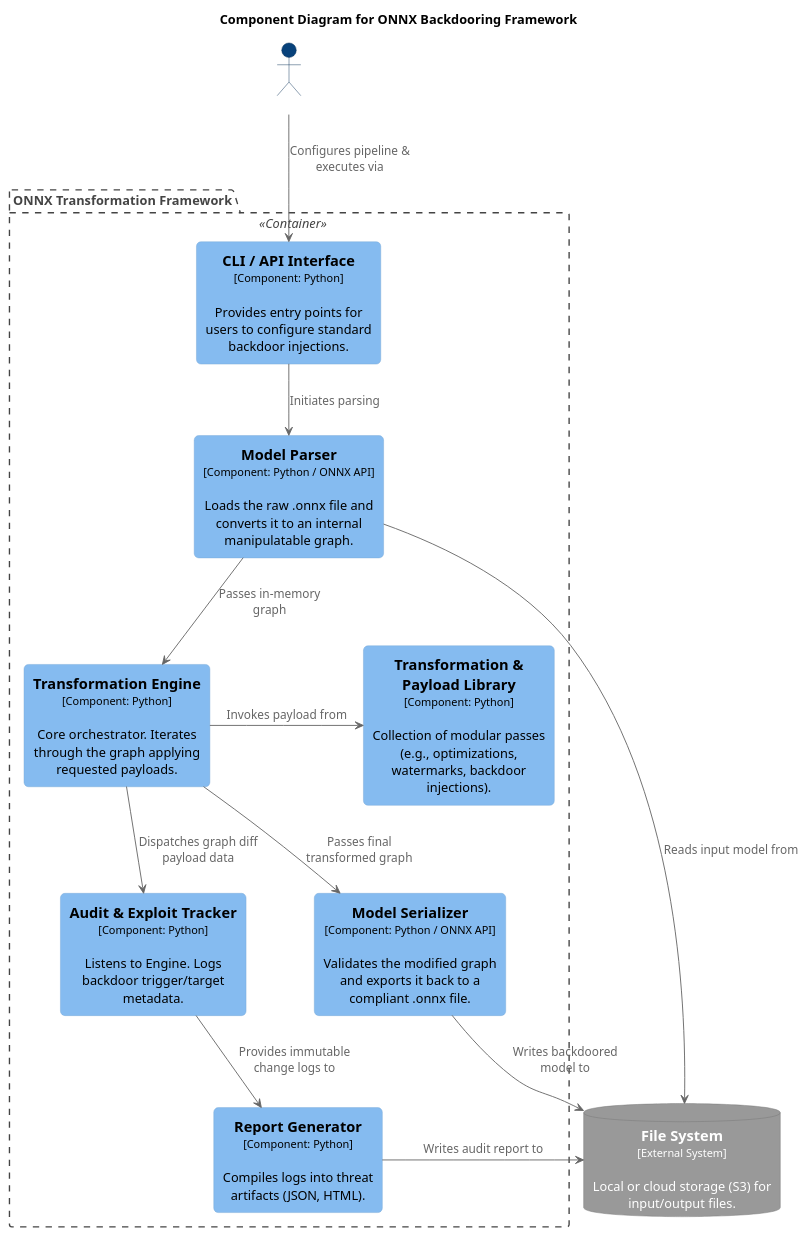
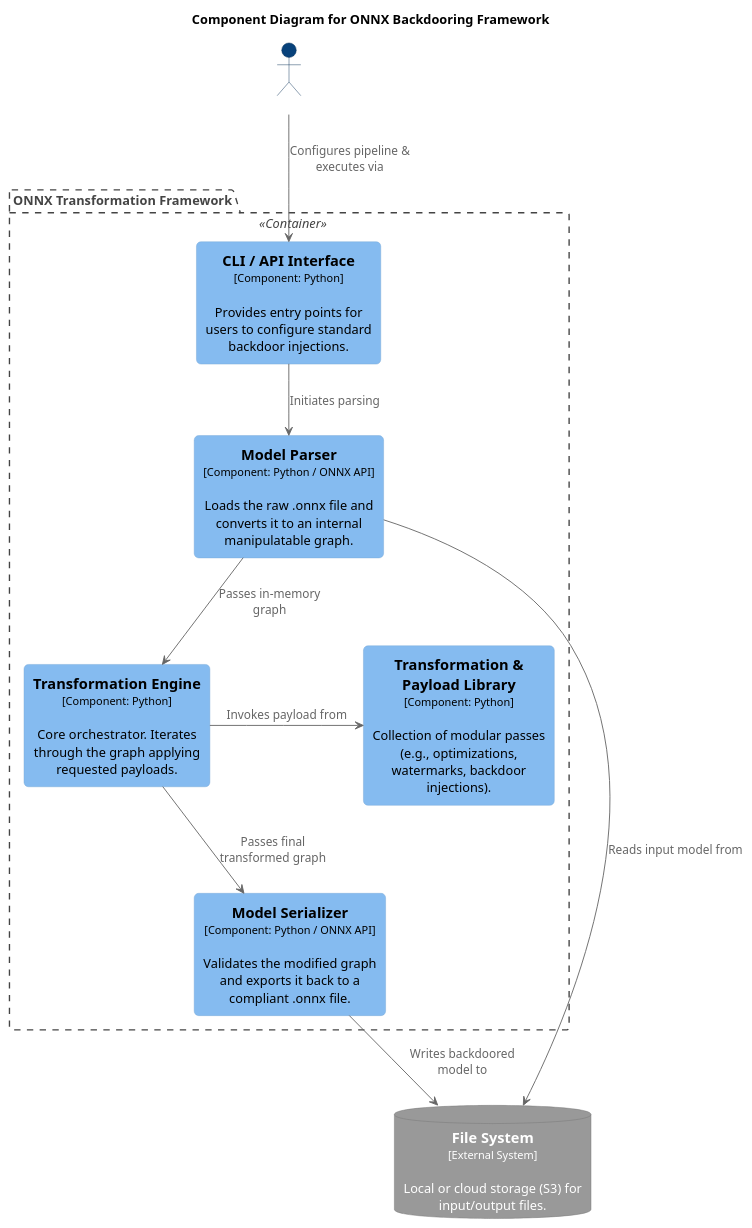
Before and after one commit to LgndryPotato/final_thesis_tool: the diagram in docs/architecture.puml, drawn with PlantUML.

Commit message:
Update architecture diagram by removing components
Removed Audit & Exploit Tracker and Report Generator components from architecture diagram.

```diff
--- a/docs/architecture.puml
+++ b/docs/architecture.puml
@@ -1,73 +1,66 @@
 @startuml
 ' --- C4 Styling Settings ---
 skinparam defaultTextAlignment center
 skinparam wrapWidth 200
 skinparam maxMessageSize 150
 
 skinparam actor {
     BackgroundColor #08427B
     BorderColor #052E56
     FontColor white
 }
 
 skinparam rectangle {
     BackgroundColor #85BBF0
     BorderColor #78A8D8
     FontColor black
     RoundCorner 10
 }
 
 skinparam database {
     BackgroundColor #999999
     BorderColor #777777
     FontColor white
 }
 
 skinparam package {
     BackgroundColor white
     BorderColor #444444
     FontColor #444444
     BorderStyle dashed
 }
 
 skinparam arrow {
     Color #666666
     FontColor #666666
 }
 
 ' --- Elements ---
 title Component Diagram for ONNX Backdooring Framework
 
 actor "ML Engineer [Person]" as user
 
 package "ONNX Transformation Framework" <<Container>> {
     rectangle "==CLI / API Interface\n<size:12>[Component: Python]</size>\n\nProvides entry points for users to configure standard backdoor injections." as cli
     
     rectangle "==Model Parser\n<size:12>[Component: Python / ONNX API]</size>\n\nLoads the raw .onnx file and converts it to an internal manipulatable graph." as parser
     
     rectangle "==Transformation Engine\n<size:12>[Component: Python]</size>\n\nCore orchestrator. Iterates through the graph applying requested payloads." as engine
     
     rectangle "==Transformation & Payload Library\n<size:12>[Component: Python]</size>\n\nCollection of modular passes (e.g., optimizations, watermarks, backdoor injections)." as passes
     
-    rectangle "==Audit & Exploit Tracker\n<size:12>[Component: Python]</size>\n\nListens to Engine. Logs backdoor trigger/target metadata." as auditor
-    
     rectangle "==Model Serializer\n<size:12>[Component: Python / ONNX API]</size>\n\nValidates the modified graph and exports it back to a compliant .onnx file." as serializer
-    
-    rectangle "==Report Generator\n<size:12>[Component: Python]</size>\n\nCompiles logs into threat artifacts (JSON, HTML)." as reporter
 }
 
 database "==File System\n<size:12>[External System]</size>\n\nLocal or cloud storage (S3) for input/output files." as file_system
 
 ' --- Relationships ---
 user -down-> cli : Configures pipeline & executes via
 cli -down-> parser : Initiates parsing
 parser -left-> file_system : Reads input model from
 parser -down-> engine : Passes in-memory graph
 engine -right-> passes : Invokes payload from
-engine -down-> auditor : Dispatches graph diff payload data
 engine -down-> serializer : Passes final transformed graph
-auditor -down-> reporter : Provides immutable change logs to
 serializer -down-> file_system : Writes backdoored model to
-reporter -down-> file_system : Writes audit report to
 
 @enduml
```
